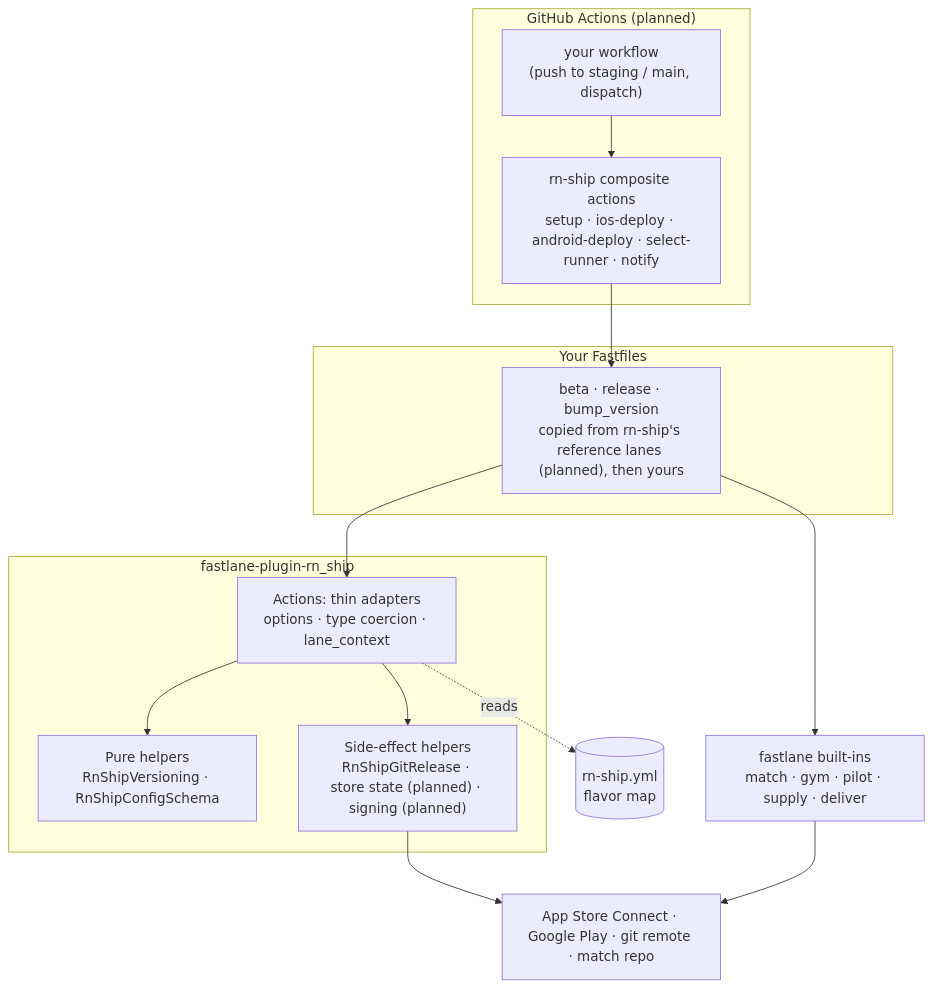
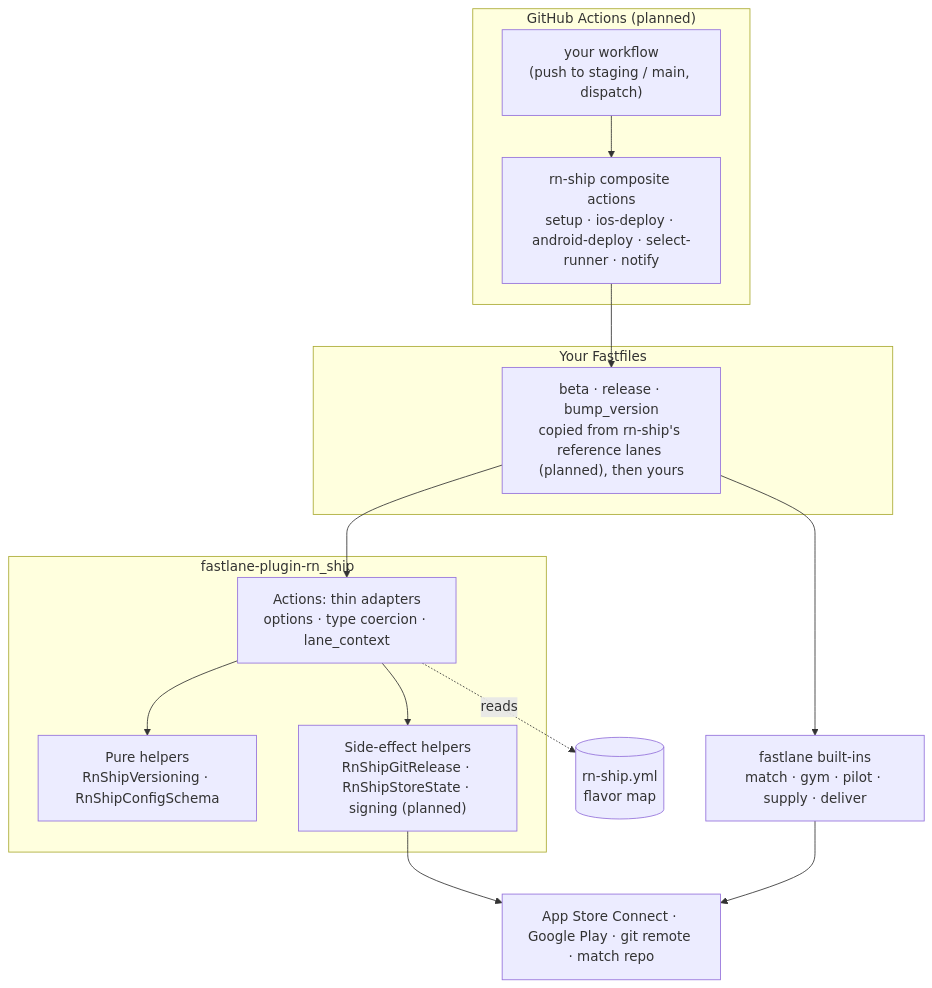
One commit to 27AppStudio/rn-ship changed the first of 5 diagrams in README.md. Above: the diagram before and after it, drawn with Mermaid. The commit also changed other lines of this file and 6 other files, not shown here.

First line of the commit message:
Add rn_ship_store_state: read TestFlight / App Store and Google Play

````diff
--- a/README.md
+++ b/README.md
@@ -44,30 +44,30 @@
 ```mermaid
 flowchart TB
   subgraph CI["GitHub Actions (planned)"]
     WF["your workflow<br/>(push to staging / main, dispatch)"]
     CA["rn-ship composite actions<br/>setup · ios-deploy · android-deploy · select-runner · notify"]
   end
 
   subgraph Lanes["Your Fastfiles"]
     L["beta · release · bump_version<br/>copied from rn-ship's reference lanes (planned), then yours"]
   end
 
   subgraph Plugin["fastlane-plugin-rn_ship"]
     A["Actions: thin adapters<br/>options · type coercion · lane_context"]
     HP["Pure helpers<br/>RnShipVersioning · RnShipConfigSchema"]
-    HS["Side-effect helpers<br/>RnShipGitRelease · store state (planned) · signing (planned)"]
+    HS["Side-effect helpers<br/>RnShipGitRelease · RnShipStoreState · signing (planned)"]
   end
 
   CFG[("rn-ship.yml<br/>flavor map")]
   FL["fastlane built-ins<br/>match · gym · pilot · supply · deliver"]
   EXT["App Store Connect · Google Play · git remote · match repo"]
 
   WF --> CA --> L
   L --> A
   L --> FL
   A --> HP
   A --> HS
   A -. reads .-> CFG
   HS --> EXT
   FL --> EXT
 ```
````
